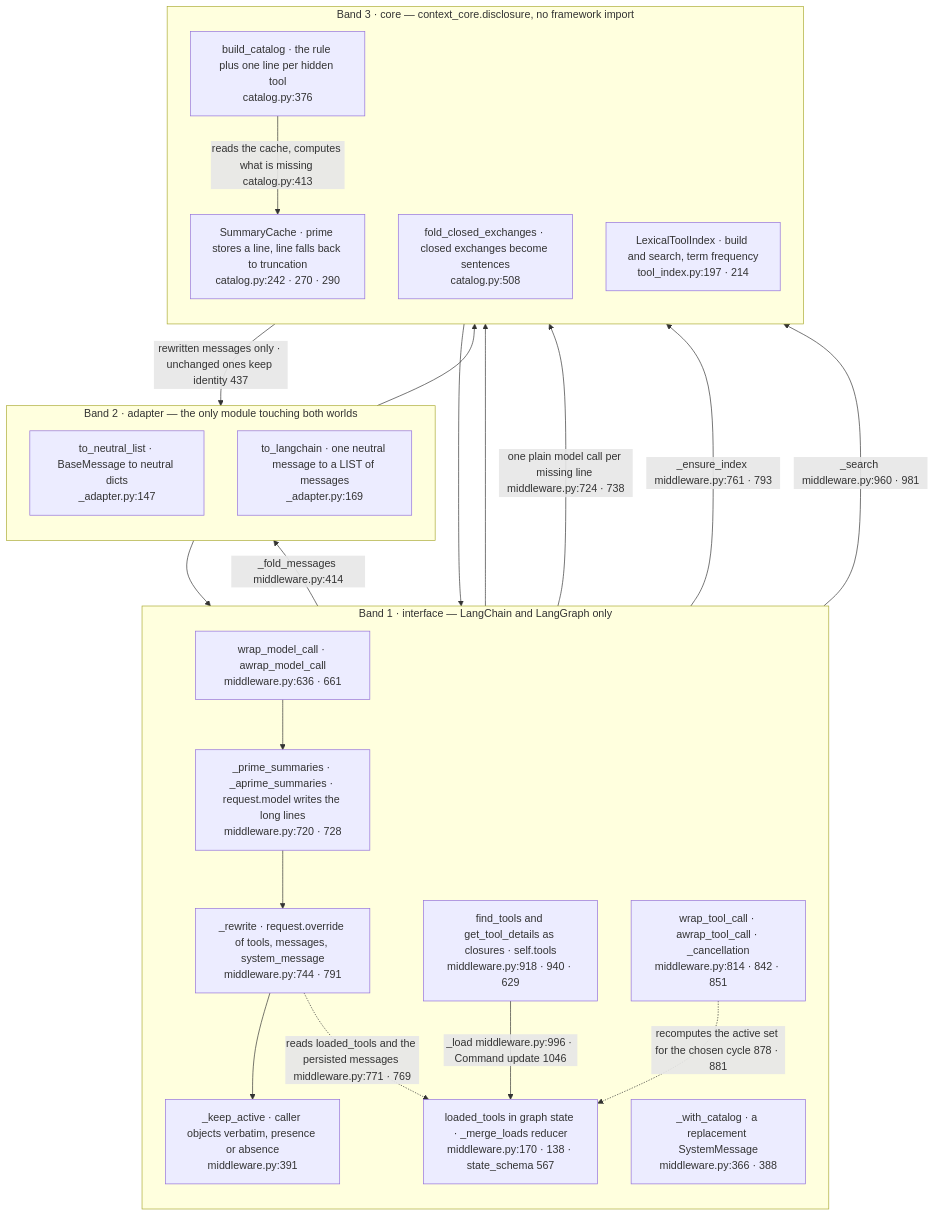
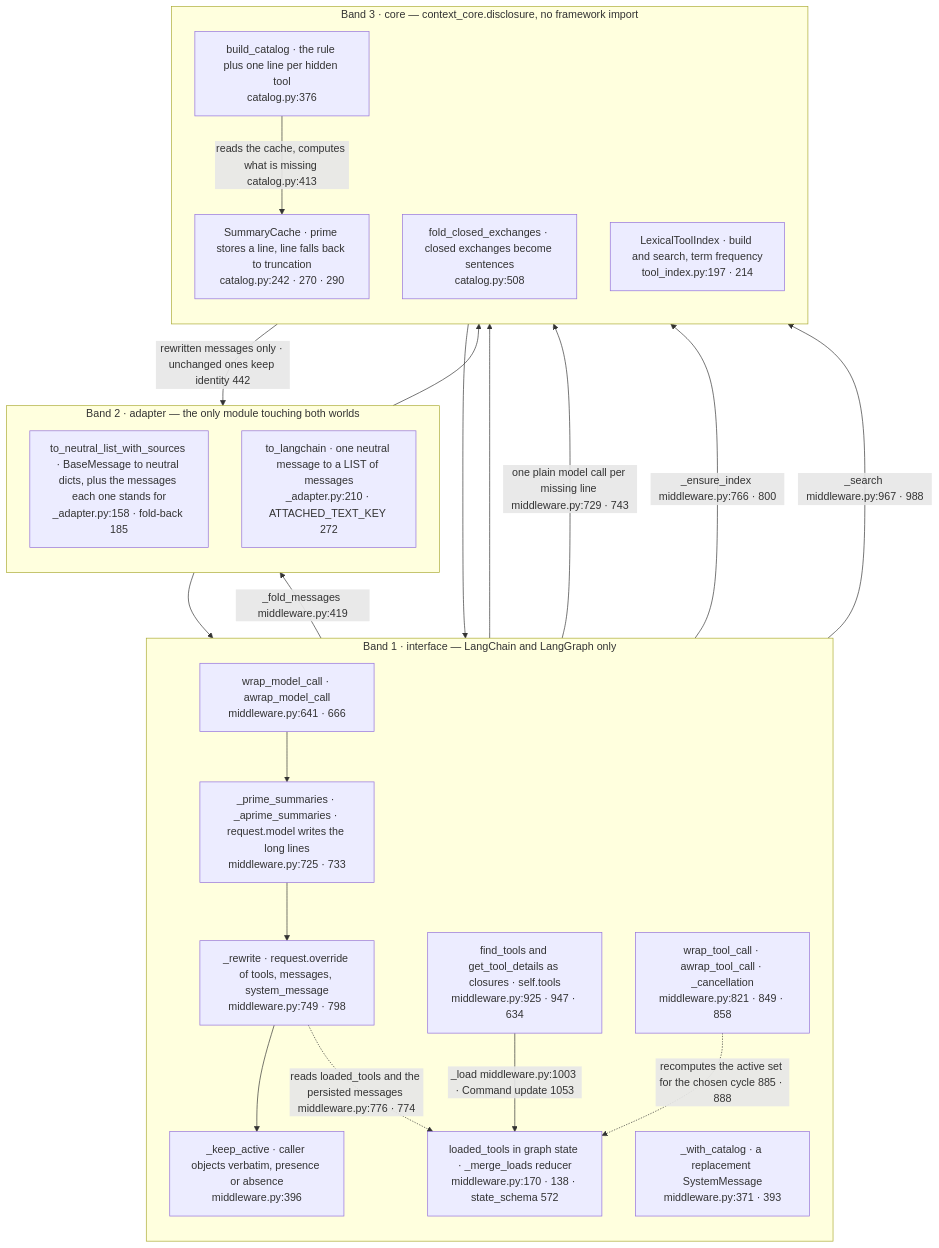
The first of 7 diagrams in docs/design/sequence/langgraph/sequence-b-disclosure.md (aws-samples/sample-context-engineering), drawn with Mermaid before and after one commit. The commit also changed other lines of this file and 4 other files, not shown here.

First line of the commit message:
docs(langgraph): benchmark result and diagrams re-anchored to the final code

````diff
--- a/docs/design/sequence/langgraph/sequence-b-disclosure.md
+++ b/docs/design/sequence/langgraph/sequence-b-disclosure.md
@@ -86,42 +87,42 @@
 ```mermaid
 flowchart TB
     subgraph band1["Band 1 · interface — LangChain and LangGraph only"]
         direction TB
-        WMC["wrap_model_call · awrap_model_call<br/>middleware.py:636 · 661"]
-        PRIME["_prime_summaries · _aprime_summaries · request.model writes the long lines<br/>middleware.py:720 · 728"]
-        RW["_rewrite · request.override of tools, messages, system_message<br/>middleware.py:744 · 791"]
-        KEEP["_keep_active · caller objects verbatim, presence or absence<br/>middleware.py:391"]
-        SYS["_with_catalog · a replacement SystemMessage<br/>middleware.py:366 · 388"]
-        TOOLS["find_tools and get_tool_details as closures · self.tools<br/>middleware.py:918 · 940 · 629"]
-        WTC["wrap_tool_call · awrap_tool_call · _cancellation<br/>middleware.py:814 · 842 · 851"]
-        ST["loaded_tools in graph state · _merge_loads reducer<br/>middleware.py:170 · 138 · state_schema 567"]
+        WMC["wrap_model_call · awrap_model_call<br/>middleware.py:641 · 666"]
+        PRIME["_prime_summaries · _aprime_summaries · request.model writes the long lines<br/>middleware.py:725 · 733"]
+        RW["_rewrite · request.override of tools, messages, system_message<br/>middleware.py:749 · 798"]
+        KEEP["_keep_active · caller objects verbatim, presence or absence<br/>middleware.py:396"]
+        SYS["_with_catalog · a replacement SystemMessage<br/>middleware.py:371 · 393"]
+        TOOLS["find_tools and get_tool_details as closures · self.tools<br/>middleware.py:925 · 947 · 634"]
+        WTC["wrap_tool_call · awrap_tool_call · _cancellation<br/>middleware.py:821 · 849 · 858"]
+        ST["loaded_tools in graph state · _merge_loads reducer<br/>middleware.py:170 · 138 · state_schema 572"]
     end
     subgraph band2["Band 2 · adapter — the only module touching both worlds"]
         direction TB
-        TN["to_neutral_list · BaseMessage to neutral dicts<br/>_adapter.py:147"]
-        TL["to_langchain · one neutral message to a LIST of messages<br/>_adapter.py:169"]
+        TN["to_neutral_list_with_sources · BaseMessage to neutral dicts, plus the messages each one stands for<br/>_adapter.py:158 · fold-back 185"]
+        TL["to_langchain · one neutral message to a LIST of messages<br/>_adapter.py:210 · ATTACHED_TEXT_KEY 272"]
     end
     subgraph band3["Band 3 · core — context_core.disclosure, no framework import"]
         direction TB
         BC["build_catalog · the rule plus one line per hidden tool<br/>catalog.py:376"]
         FCE["fold_closed_exchanges · closed exchanges become sentences<br/>catalog.py:508"]
         LTI["LexicalToolIndex · build and search, term frequency<br/>tool_index.py:197 · 214"]
         SC["SummaryCache · prime stores a line, line falls back to truncation<br/>catalog.py:242 · 270 · 290"]
     end
     WMC --> PRIME
     PRIME --> RW
     RW --> KEEP
     RW --> BC
     BC --> SYS
-    PRIME -->|"one plain model call per missing line middleware.py:724 · 738"| SC
+    PRIME -->|"one plain model call per missing line middleware.py:729 · 743"| SC
     BC -->|"reads the cache, computes what is missing catalog.py:413"| SC
-    RW -->|"_fold_messages middleware.py:414"| TN
+    RW -->|"_fold_messages middleware.py:419"| TN
     TN --> FCE
-    FCE -->|"rewritten messages only · unchanged ones keep identity 437"| TL
+    FCE -->|"rewritten messages only · unchanged ones keep identity 442"| TL
     TL --> RW
-    RW -.->|"reads loaded_tools and the persisted messages middleware.py:771 · 769"| ST
-    RW -->|"_ensure_index middleware.py:761 · 793"| LTI
-    TOOLS -->|"_search middleware.py:960 · 981"| LTI
-    TOOLS -->|"_load middleware.py:996 · Command update 1046"| ST
-    WTC -.->|"recomputes the active set for the chosen cycle 878 · 881"| ST
+    RW -.->|"reads loaded_tools and the persisted messages middleware.py:776 · 774"| ST
+    RW -->|"_ensure_index middleware.py:766 · 800"| LTI
+    TOOLS -->|"_search middleware.py:967 · 988"| LTI
+    TOOLS -->|"_load middleware.py:1003 · Command update 1053"| ST
+    WTC -.->|"recomputes the active set for the chosen cycle 885 · 888"| ST
 ```
````
